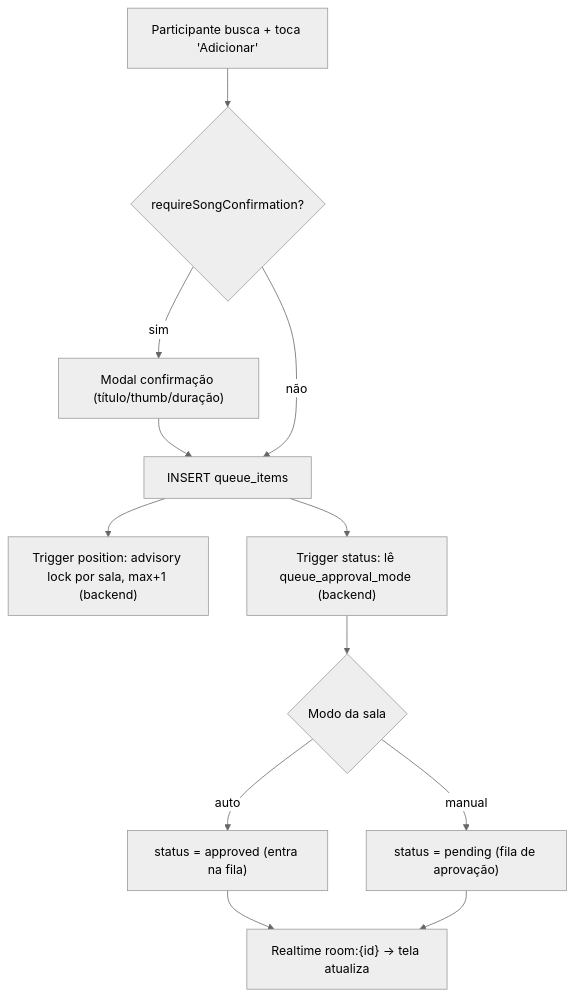
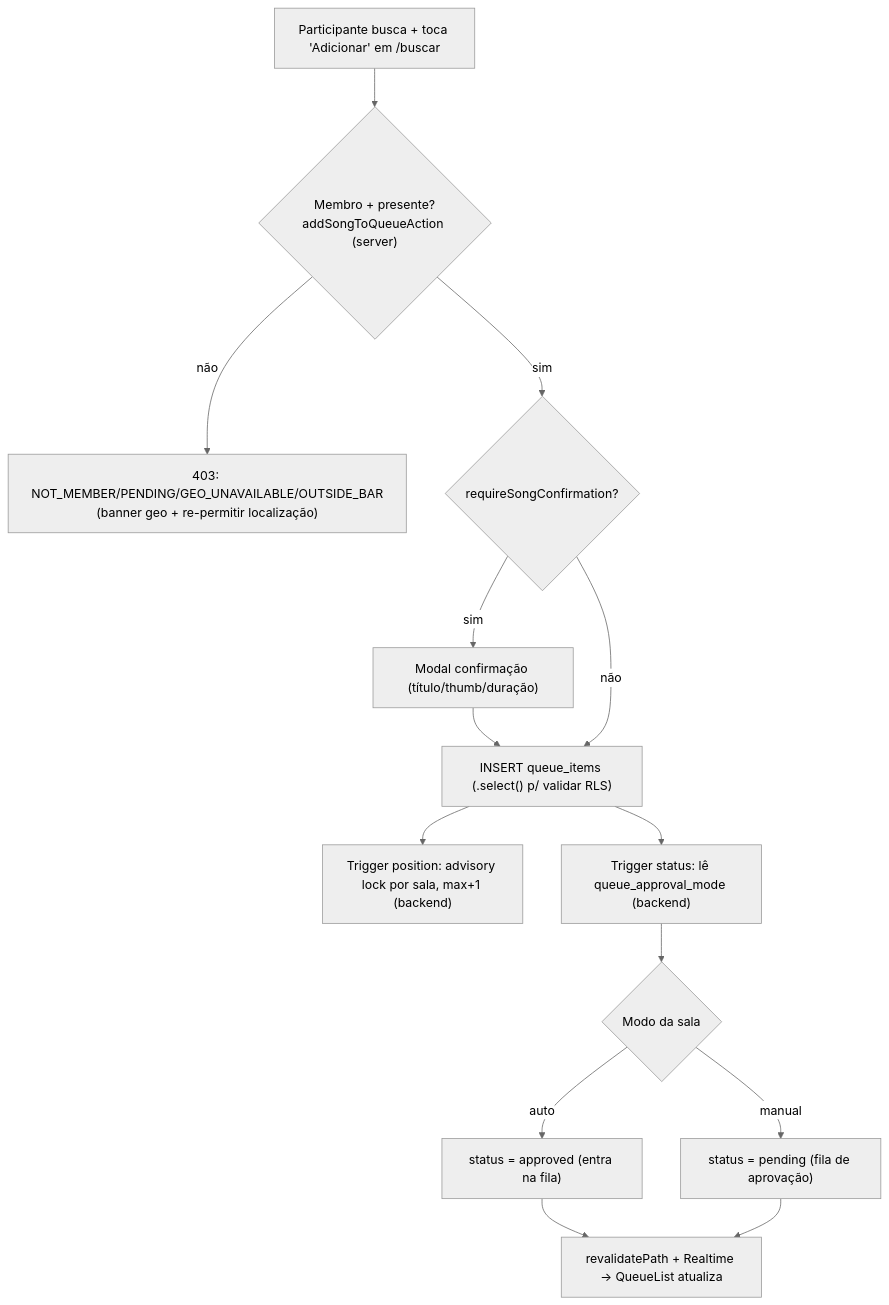
One commit to cavalcanteprofissional/karaoke-flow changed the tenth of 15 diagrams in docs/flows/fluxos-do-sistema.md. Above: the diagram before and after it, drawn with Mermaid (neutral theme). The commit also changed other lines of this file and 54 other files, not shown here.

Commit message:
feat: busca YouTube + fila end-to-end (Fase 4)

````diff
--- a/docs/flows/fluxos-do-sistema.md
+++ b/docs/flows/fluxos-do-sistema.md
@@ -163,14 +171,16 @@
 ```mermaid
 flowchart TD
-    A["Participante busca + toca 'Adicionar'"] --> B{requireSongConfirmation?}
+    A["Participante busca + toca 'Adicionar' em /buscar"] --> G{"Membro + presente?<br/>addSongToQueueAction (server)"}
+    G -->|não| G1["403: NOT_MEMBER/PENDING/GEO_UNAVAILABLE/OUTSIDE_BAR<br/>(banner geo + re-permitir localização)"]
+    G -->|sim| B{requireSongConfirmation?}
     B -->|sim| C["Modal confirmação (título/thumb/duração)"]
-    C --> D["INSERT queue_items"]
+    C --> D["INSERT queue_items (.select() p/ validar RLS)"]
     B -->|não| D
     D --> E["Trigger position: advisory lock por sala, max+1 (backend)"]
     D --> F["Trigger status: lê queue_approval_mode (backend)"]
-    F --> G{Modo da sala}
-    G -->|auto| H["status = approved (entra na fila)"]
-    G -->|manual| I["status = pending (fila de aprovação)"]
-    H --> J["Realtime room:{id} → tela atualiza"]
+    F --> G2{Modo da sala}
+    G2 -->|auto| H["status = approved (entra na fila)"]
+    G2 -->|manual| I["status = pending (fila de aprovação)"]
+    H --> J["revalidatePath + Realtime → QueueList atualiza"]
     I --> J
 ```
````
